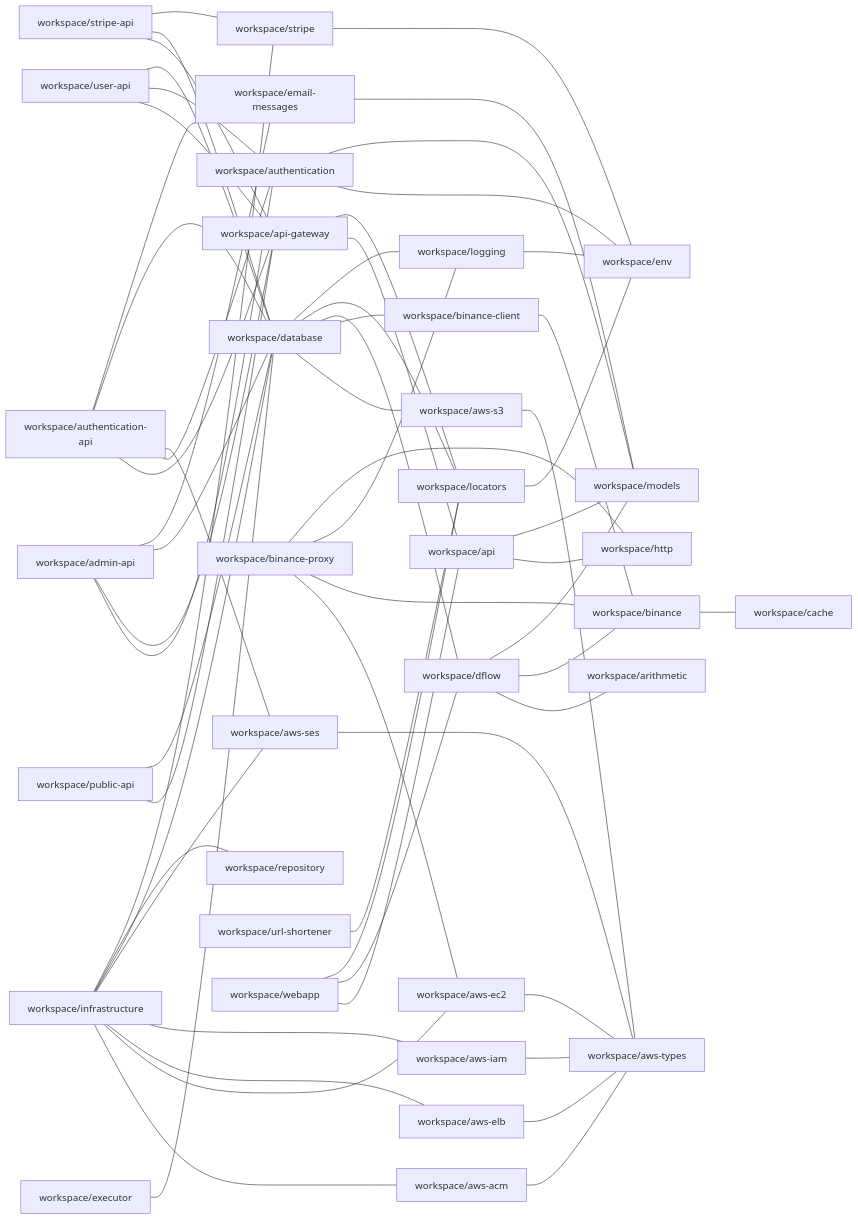
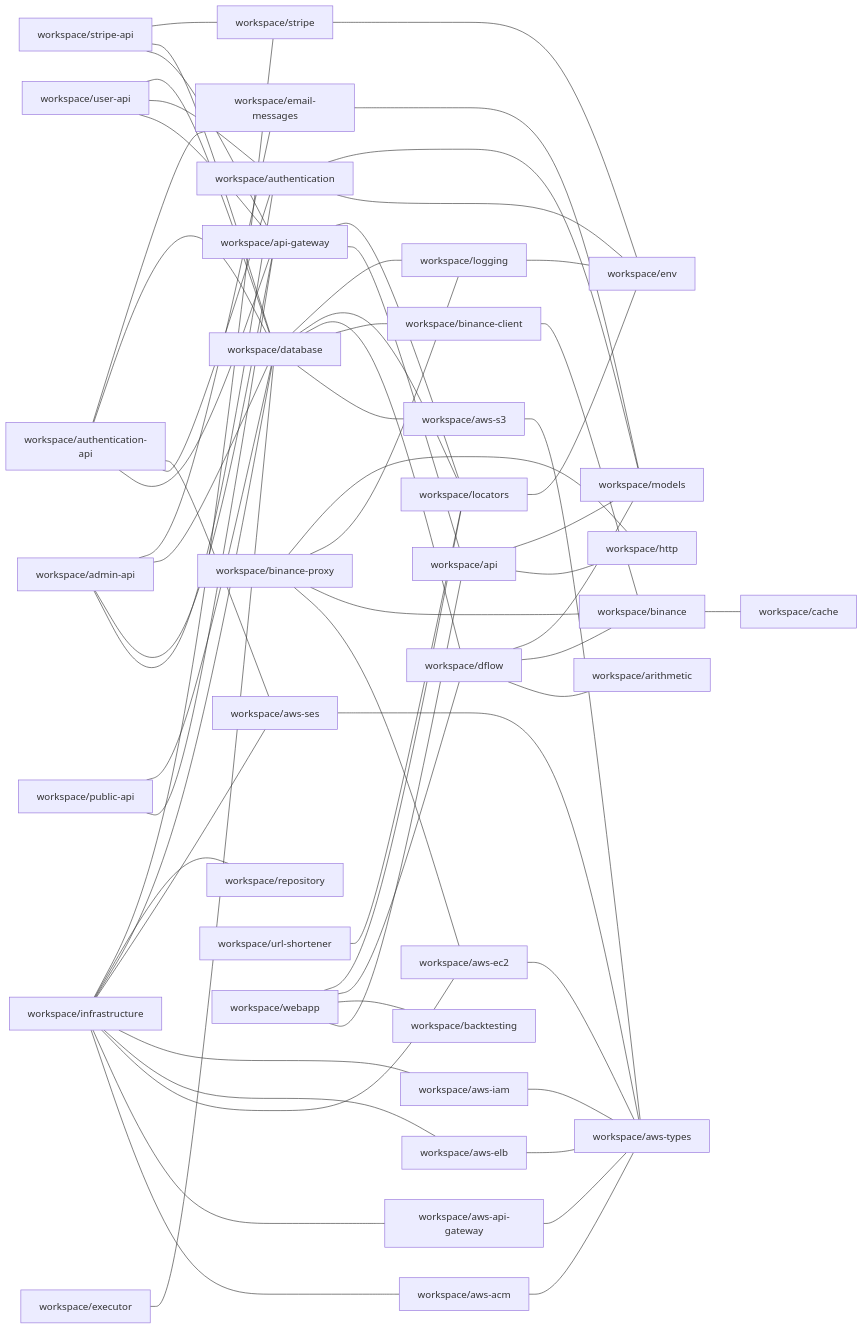
The diagram in docs/npm-dependencies.md (ggbot-org/ggbot), drawn with Mermaid before and after one commit. The commit also changed 19 other files, not shown here.

Commit message:
add backtesting workspace

````diff
--- a/docs/npm-dependencies.md
+++ b/docs/npm-dependencies.md
@@ -5,63 +5,66 @@
 ```mermaid
 graph LR
     workspace/admin-api --- workspace/authentication
     workspace/admin-api --- workspace/api-gateway
     workspace/admin-api --- workspace/database
     workspace/admin-api --- workspace/email-messages
     workspace/api --- workspace/http
     workspace/api --- workspace/models
     workspace/api-gateway --- workspace/api
     workspace/api-gateway --- workspace/locators
     workspace/authentication --- workspace/env
     workspace/authentication --- workspace/models
     workspace/authentication-api --- workspace/api-gateway
     workspace/authentication-api --- workspace/authentication
     workspace/authentication-api --- workspace/aws-ses
     workspace/authentication-api --- workspace/database
     workspace/authentication-api --- workspace/email-messages
     workspace/aws-acm --- workspace/aws-types
+    workspace/aws-api-gateway --- workspace/aws-types
     workspace/aws-ec2 --- workspace/aws-types
     workspace/aws-elb --- workspace/aws-types
     workspace/aws-iam --- workspace/aws-types
     workspace/aws-s3 --- workspace/aws-types
     workspace/aws-ses --- workspace/aws-types
     workspace/binance --- workspace/cache
     workspace/binance-client --- workspace/binance
     workspace/binance-proxy --- workspace/aws-ec2
     workspace/binance-proxy --- workspace/binance
     workspace/binance-proxy --- workspace/logging
     workspace/binance-proxy --- workspace/http
     workspace/database --- workspace/aws-s3
     workspace/database --- workspace/binance-client
     workspace/database --- workspace/dflow
     workspace/database --- workspace/locators
     workspace/database --- workspace/logging
     workspace/dflow --- workspace/arithmetic
     workspace/dflow --- workspace/binance
     workspace/dflow --- workspace/models
     workspace/email-messages --- workspace/models
     workspace/executor --- workspace/database
     workspace/infrastructure --- workspace/aws-acm
+    workspace/infrastructure --- workspace/aws-api-gateway
     workspace/infrastructure --- workspace/aws-ec2
     workspace/infrastructure --- workspace/aws-elb
     workspace/infrastructure --- workspace/aws-iam
     workspace/infrastructure --- workspace/aws-ses
     workspace/infrastructure --- workspace/database
     workspace/infrastructure --- workspace/repository
     workspace/infrastructure --- workspace/stripe
     workspace/locators --- workspace/env
     workspace/logging --- workspace/env
     workspace/public-api --- workspace/api-gateway
     workspace/public-api --- workspace/database
     workspace/stripe --- workspace/env
     workspace/stripe-api --- workspace/api-gateway
     workspace/stripe-api --- workspace/database
     workspace/stripe-api --- workspace/stripe
     workspace/url-shortener --- workspace/locators
     workspace/user-api --- workspace/api-gateway
     workspace/user-api --- workspace/authentication
     workspace/user-api --- workspace/database
     workspace/webapp --- workspace/api
+    workspace/webapp --- workspace/backtesting
     workspace/webapp --- workspace/dflow
     workspace/webapp --- workspace/locators
 ```
````
